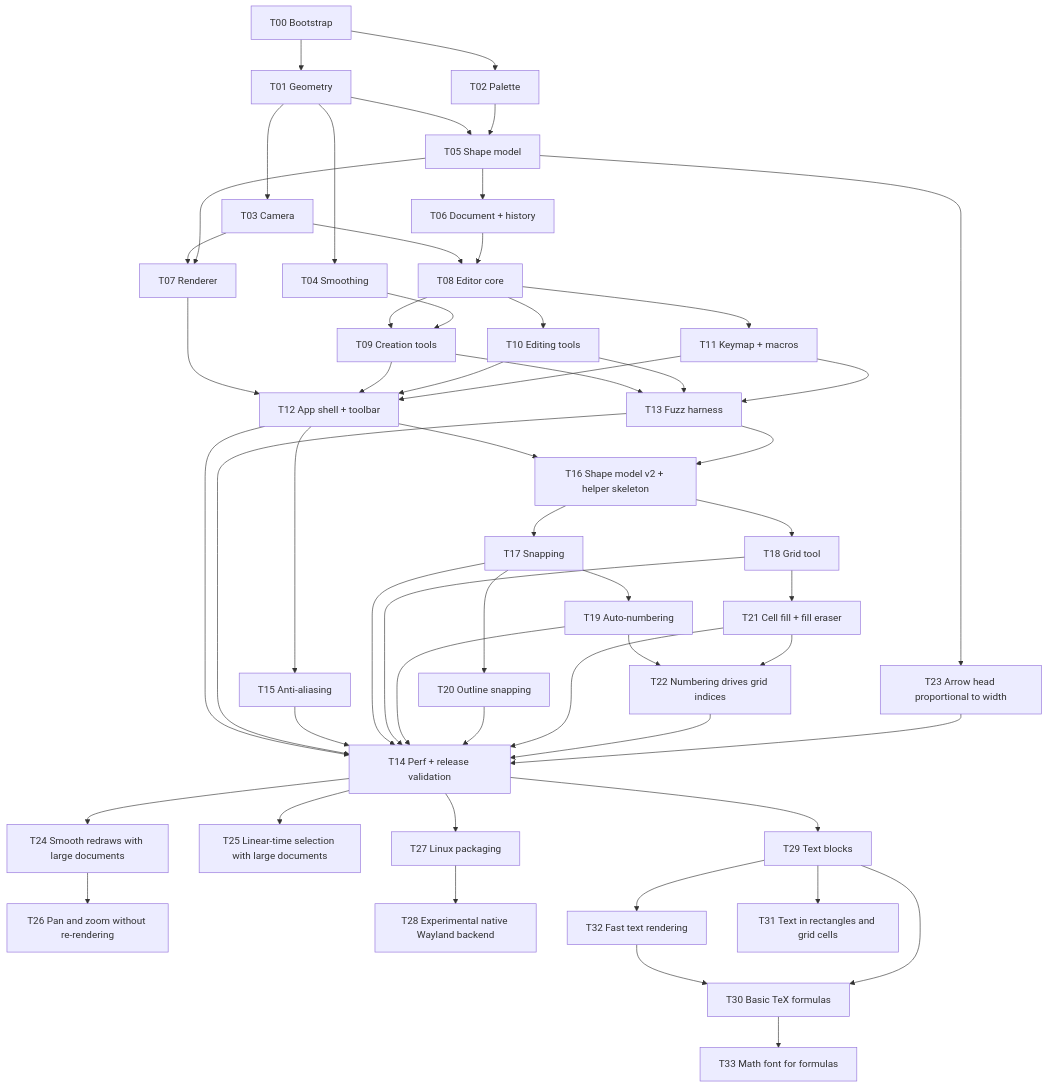
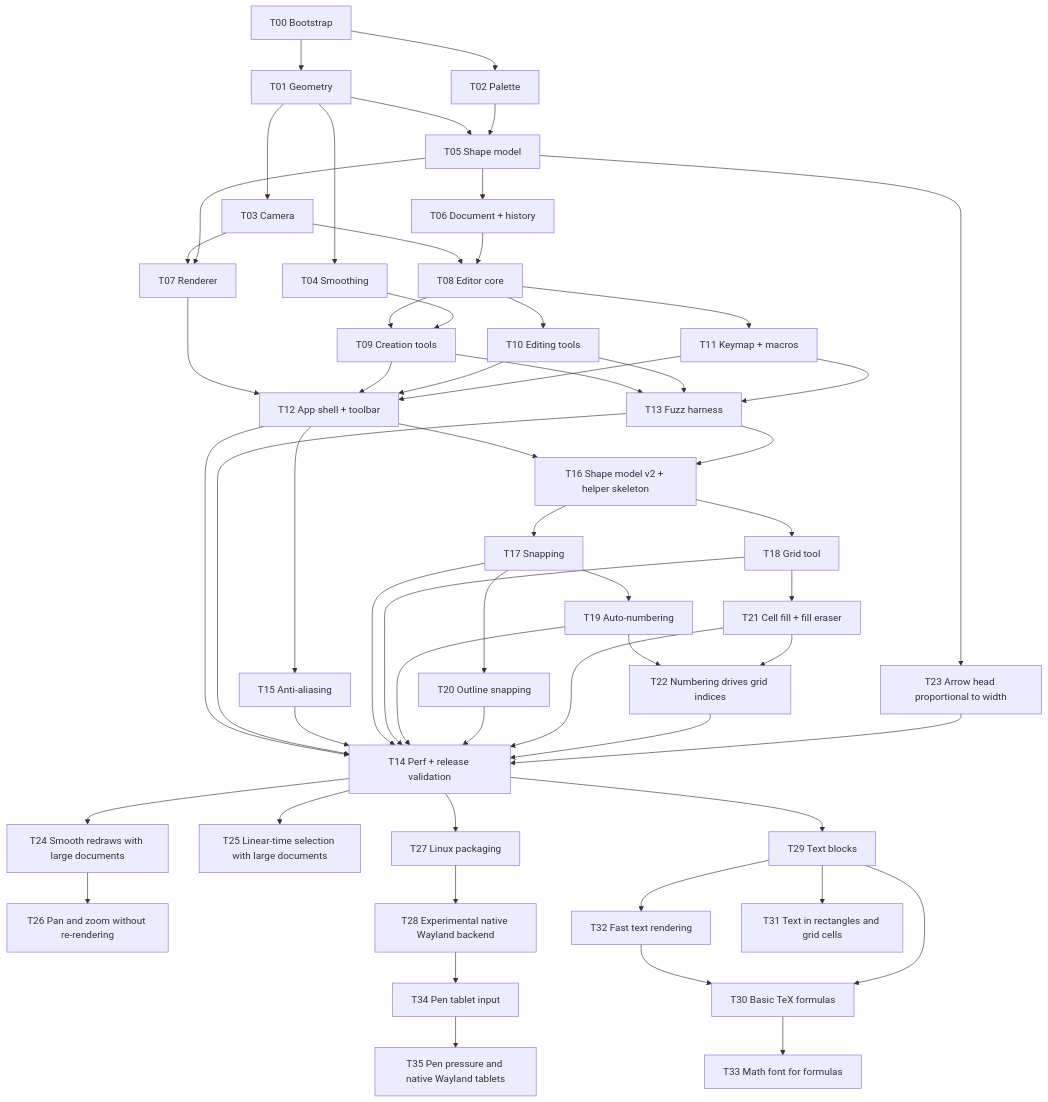
Before and after one commit to UmBender/draw: the diagram in docs/tasks/Task Board.md, drawn with Mermaid. The commit also changed other lines of this file and 2 other files, not shown here.

First line of the commit message:
docs: add T34 and T35 task notes for pen tablets

````diff
--- a/docs/tasks/Task Board.md
+++ b/docs/tasks/Task Board.md
@@ -12,57 +12,59 @@
 ```mermaid
 flowchart TD
   T00[T00 Bootstrap] --> T01[T01 Geometry]
   T00 --> T02[T02 Palette]
   T01 --> T03[T03 Camera]
   T01 --> T04[T04 Smoothing]
   T01 --> T05[T05 Shape model]
   T02 --> T05
   T05 --> T06[T06 Document + history]
   T03 --> T07[T07 Renderer]
   T05 --> T07
   T03 --> T08[T08 Editor core]
   T06 --> T08
   T08 --> T09[T09 Creation tools]
   T04 --> T09
   T08 --> T10[T10 Editing tools]
   T08 --> T11[T11 Keymap + macros]
   T07 --> T12[T12 App shell + toolbar]
   T09 --> T12
   T10 --> T12
   T11 --> T12
   T09 --> T13[T13 Fuzz harness]
   T10 --> T13
   T11 --> T13
   T12 --> T14[T14 Perf + release validation]
   T13 --> T14
   T12 --> T15[T15 Anti-aliasing]
   T12 --> T16[T16 Shape model v2 + helper skeleton]
   T13 --> T16
   T16 --> T17[T17 Snapping]
   T16 --> T18[T18 Grid tool]
   T17 --> T19[T19 Auto-numbering]
   T17 --> T20[T20 Outline snapping]
   T15 --> T14
   T17 --> T14
   T18 --> T14
   T19 --> T14
   T20 --> T14
   T18 --> T21[T21 Cell fill + fill eraser]
   T21 --> T14
   T19 --> T22[T22 Numbering drives grid indices]
   T21 --> T22
   T22 --> T14
   T05 --> T23[T23 Arrow head proportional to width]
   T23 --> T14
   T14 --> T24[T24 Smooth redraws with large documents]
   T14 --> T25[T25 Linear-time selection with large documents]
   T24 --> T26[T26 Pan and zoom without re-rendering]
   T14 --> T27[T27 Linux packaging]
   T27 --> T28[T28 Experimental native Wayland backend]
   T14 --> T29[T29 Text blocks]
   T29 --> T32[T32 Fast text rendering]
   T32 --> T30[T30 Basic TeX formulas]
   T29 --> T30
   T29 --> T31[T31 Text in rectangles and grid cells]
   T30 --> T33[T33 Math font for formulas]
+  T28 --> T34[T34 Pen tablet input]
+  T34 --> T35[T35 Pen pressure and native Wayland tablets]
 ```
````
